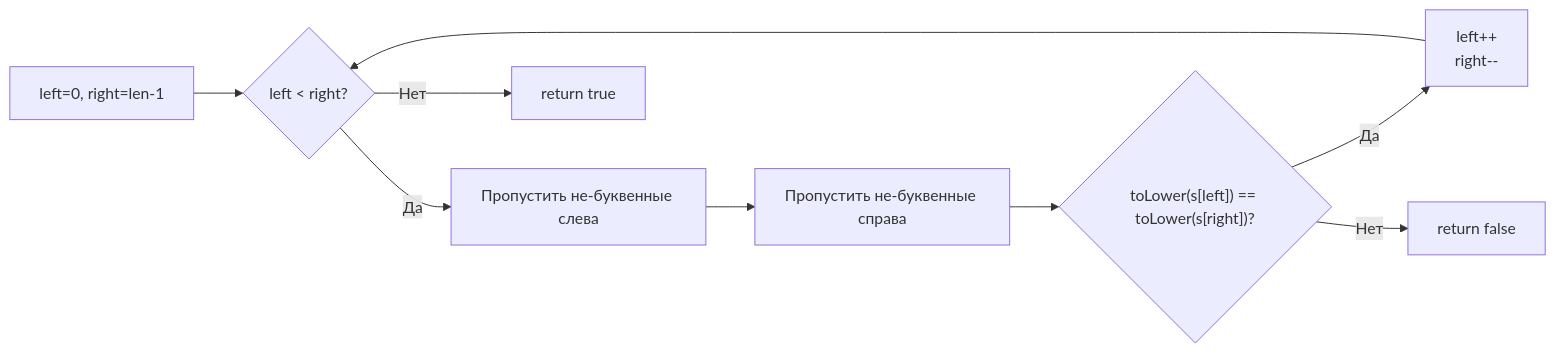
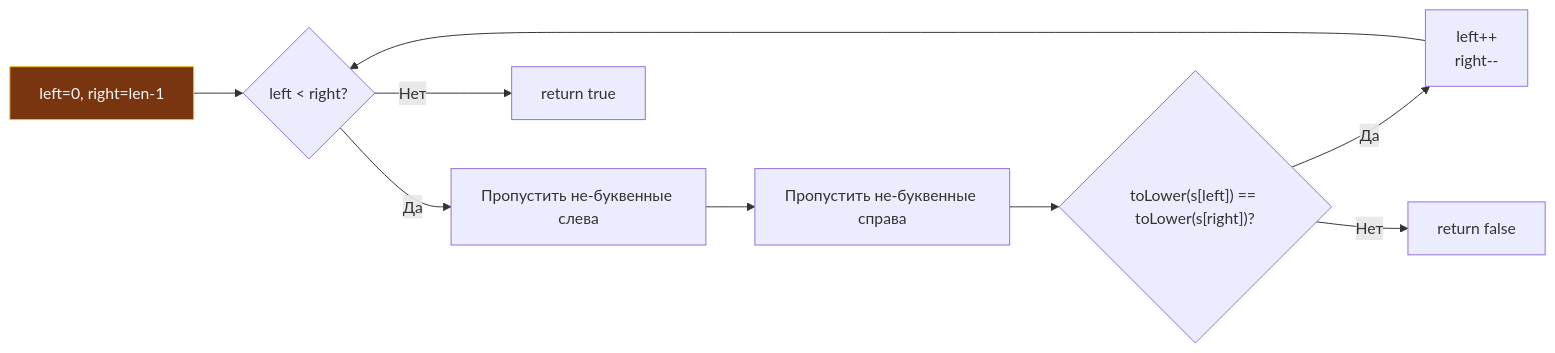
Before and after one commit to UnrealTemplier/go-textbook: the diagram in sources/21. Задачи с LeetCode и собеседований на Go/02. Задачи/02. Два указателя/3. Valid Palindrome.md, drawn with Mermaid. The commit also changed 1666 other files, not shown here.

First line of the commit message:
feat(mermaid): add semantic color classDef to 1369 colorless flowchart/graph diagrams

````diff
--- a/sources/21. Задачи с LeetCode и собеседований на Go/02. Задачи/02. Два указателя/3. Valid Palindrome.md
+++ b/sources/21. Задачи с LeetCode и собеседований на Go/02. Задачи/02. Два указателя/3. Valid Palindrome.md
@@ -121,11 +121,21 @@
 ```mermaid
 flowchart LR
-    A["left=0, right=len-1"] --> B{"left < right?"}
+    classDef process  fill:#1e293b,stroke:#38bdf8,stroke-width:1px,color:#f8fafc
+    classDef success  fill:#064e3b,stroke:#34d399,stroke-width:1px,color:#f8fafc
+    classDef error    fill:#7f1d1d,stroke:#f87171,stroke-width:1px,color:#f8fafc
+    classDef warning  fill:#78350f,stroke:#fbbf24,stroke-width:1px,color:#f8fafc
+    classDef entry    fill:#1e3a5f,stroke:#38bdf8,stroke-width:2px,color:#f8fafc
+    classDef aux      fill:#334155,stroke:#64748b,stroke-width:1px,color:#f8fafc
+    classDef system   fill:#312e81,stroke:#a78bfa,stroke-width:1px,color:#f8fafc
+    classDef data     fill:#132d29,stroke:#2dd4bf,stroke-width:1px,color:#f8fafc
+    classDef network  fill:#881337,stroke:#fb7185,stroke-width:1px,color:#f8fafc
+    classDef accent   fill:#1e1b4b,stroke:#818cf8,stroke-width:1px,color:#f8fafc
+    A["left=0, right=len-1"]:::warning --> B{"left < right?"}
     B -->|"Да"| C["Пропустить не-буквенные слева"]
     C --> D["Пропустить не-буквенные справа"]
     D --> E{"toLower(s[left]) == toLower(s[right])?"}
     E -->|"Да"| F["left++<br>right--"]
     F --> B
     E -->|"Нет"| G["return false"]
     B -->|"Нет"| H["return true"]
 ```
````
